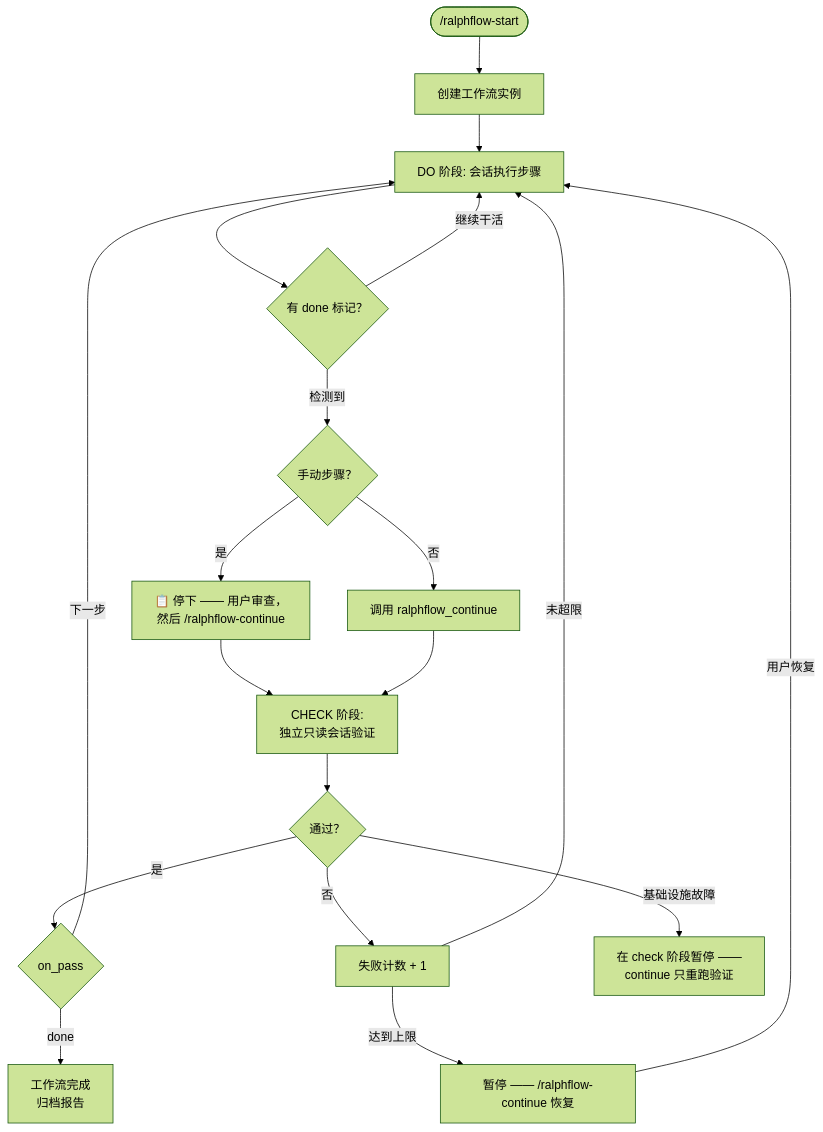
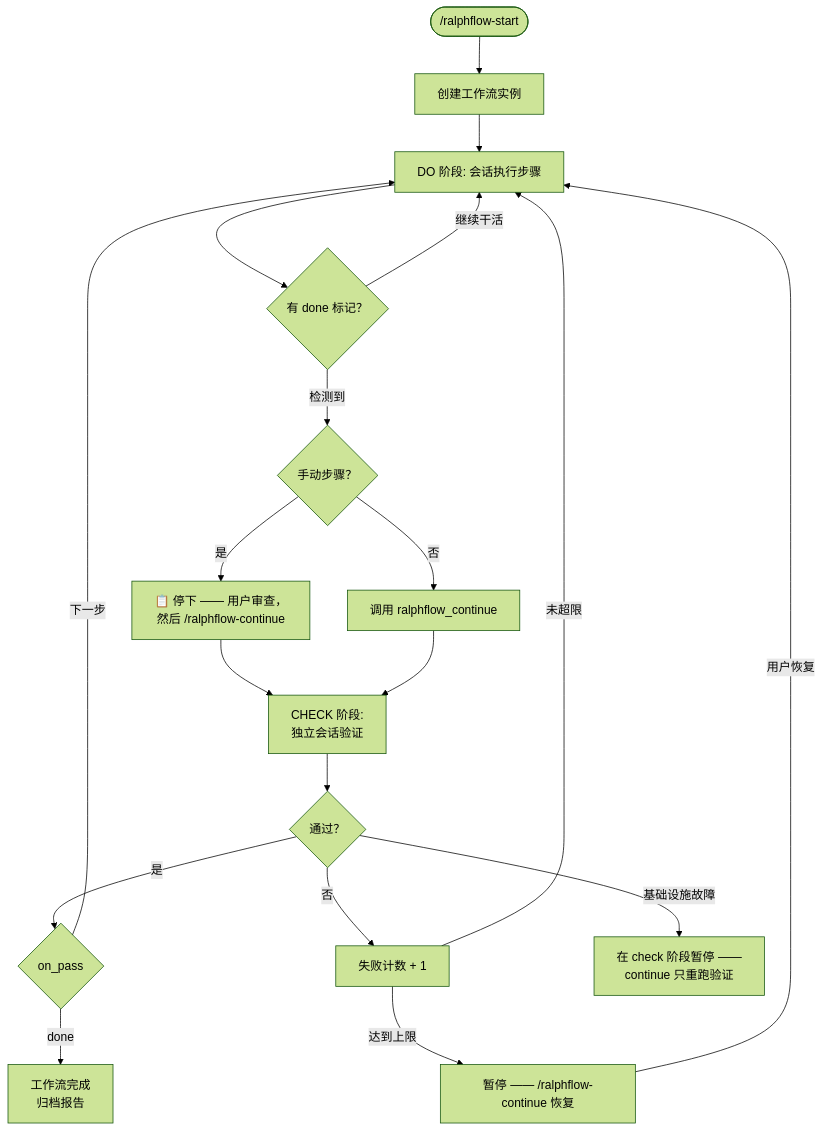
Before and after one commit to 534529531/ralph-flow: the third of 3 diagrams in README.md, drawn with Mermaid (forest theme). The commit also changed other lines of this file and 14 other files, not shown here.

````diff
--- a/README.md
+++ b/README.md
@@ -112,21 +112,21 @@
 ```mermaid
 flowchart TD
     Start(["/ralphflow-start"]) --> Inst["创建工作流实例"]
     Inst --> DO["DO 阶段: 会话执行步骤"]
     DO --> DoneTag{"有 done 标记？"}
     DoneTag -->|"继续干活"| DO
     DoneTag -->|"检测到"| Manual{"手动步骤？"}
     Manual -->|"是"| Review["📋 停下 —— 用户审查，<br/>然后 /ralphflow-continue"]
     Manual -->|"否"| Continue["调用 ralphflow_continue"]
     Review --> CHECK
-    Continue --> CHECK["CHECK 阶段:<br/>独立只读会话验证"]
+    Continue --> CHECK["CHECK 阶段:<br/>独立会话验证"]
     CHECK --> Pass{"通过？"}
     Pass -->|"是"| Next{"on_pass"}
     Pass -->|"否"| Fail["失败计数 + 1"]
     Pass -->|"基础设施故障"| Infra["在 check 阶段暂停 ——<br/>continue 只重跑验证"]
     Next -->|"下一步"| DO
     Next -->|"done"| Complete["工作流完成<br/>归档报告"]
     Fail -->|"未超限"| DO
     Fail -->|"达到上限"| Pause["暂停 —— /ralphflow-continue 恢复"]
     Pause -->|"用户恢复"| DO
 ```
````
